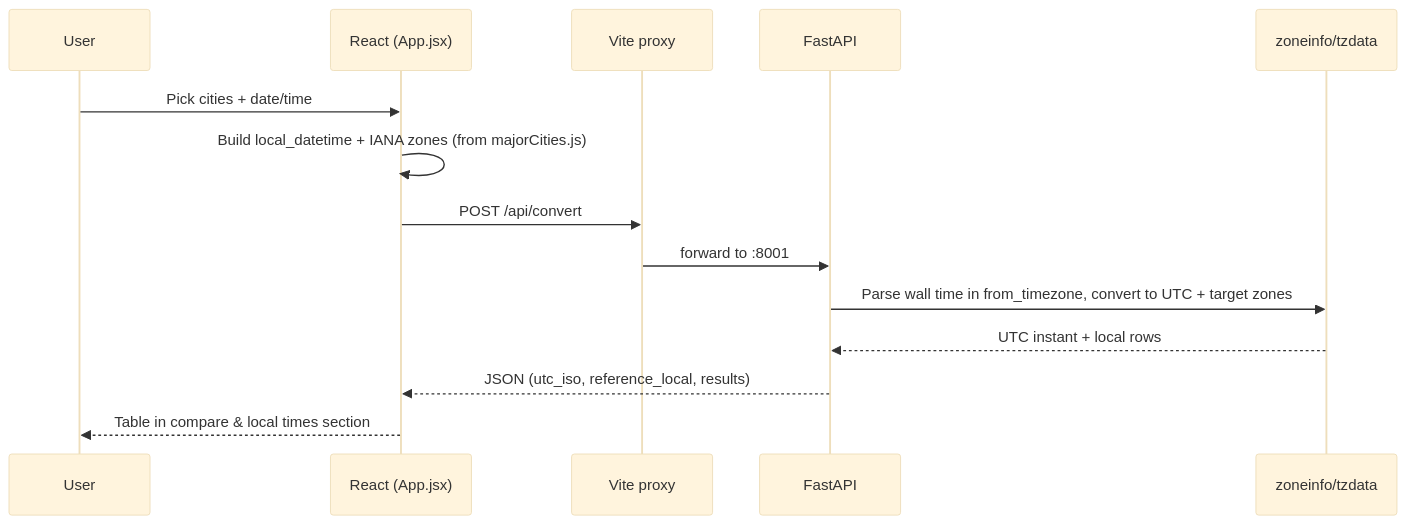
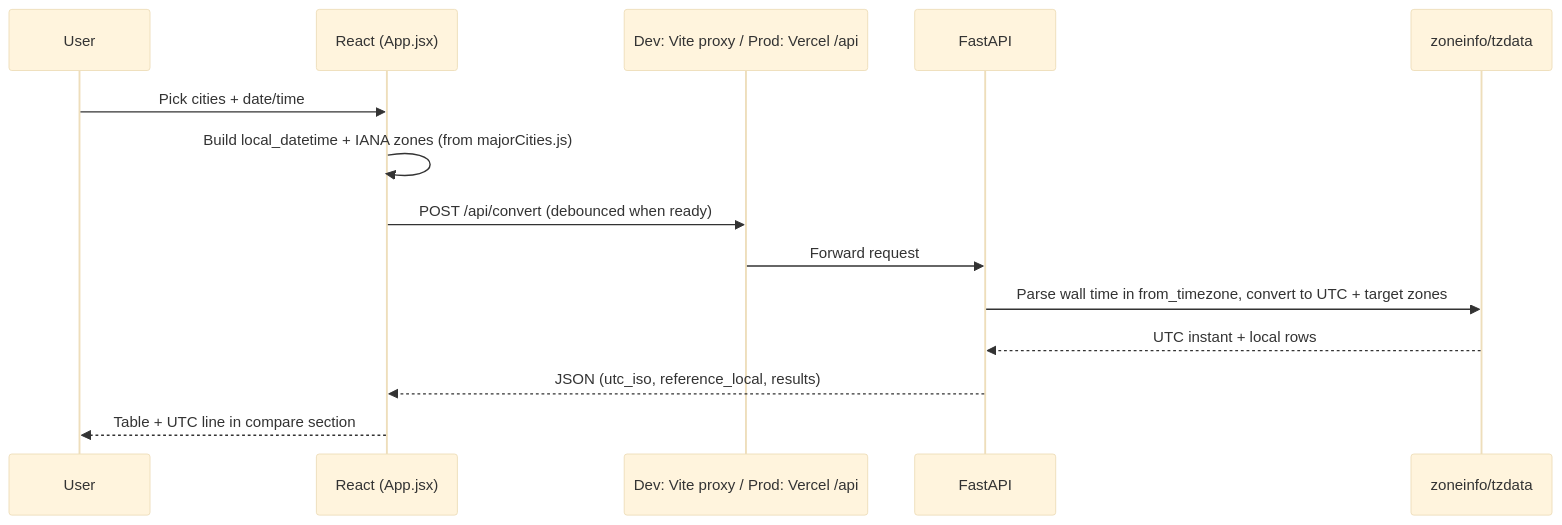
Before and after one commit to smanjup/QTR: the third of 3 diagrams in TimeZoneChecker/docs/architecture.md, drawn with Mermaid (base theme). The commit also changed other lines of this file, not shown here.

First line of the commit message:
docs: refresh architecture.md for Vercel, UI, and auto-convert

````diff
--- a/TimeZoneChecker/docs/architecture.md
+++ b/TimeZoneChecker/docs/architecture.md
@@ -37,17 +76,17 @@
 ```mermaid
 sequenceDiagram
   participant U as User
   participant R as React (App.jsx)
-  participant V as Vite proxy
+  participant X as Dev: Vite proxy / Prod: Vercel /api
   participant F as FastAPI
   participant TZ as zoneinfo/tzdata
 
   U->>R: Pick cities + date/time
   R->>R: Build local_datetime + IANA zones (from majorCities.js)
-  R->>V: POST /api/convert
-  V->>F: forward to :8001
+  R->>X: POST /api/convert (debounced when ready)
+  X->>F: Forward request
   F->>TZ: Parse wall time in from_timezone, convert to UTC + target zones
   TZ-->>F: UTC instant + local rows
   F-->>R: JSON (utc_iso, reference_local, results)
-  R-->>U: Table in compare & local times section
+  R-->>U: Table + UTC line in compare section
 ```
````
